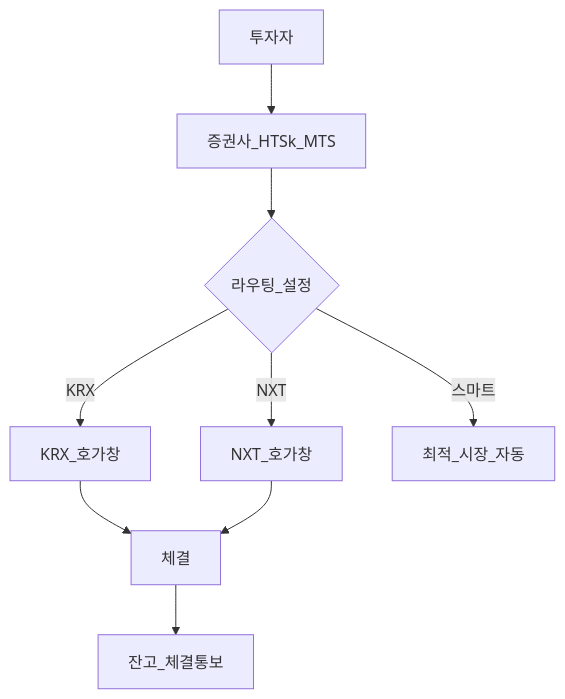
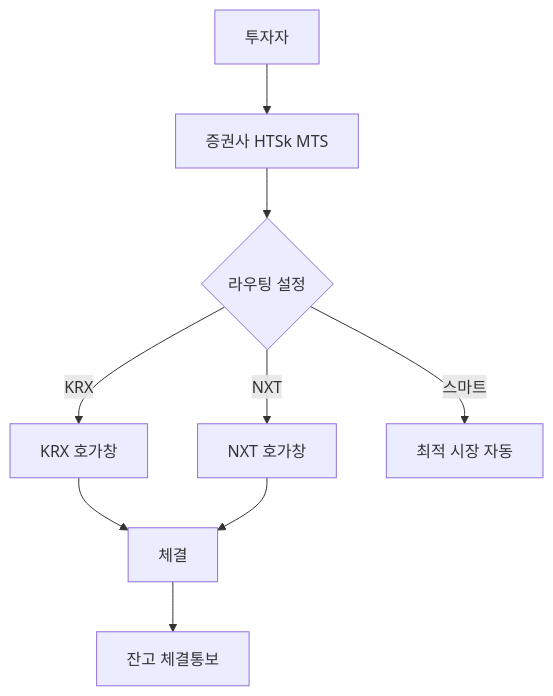
The first of 2 diagrams in 03-markets/korea-ats-nextrade.md (goldanghenry/Finances), drawn with Mermaid before and after one commit. The commit also changed other lines of this file and 211 other files, not shown here.

````diff
--- a/03-markets/korea-ats-nextrade.md
+++ b/03-markets/korea-ats-nextrade.md
@@ -101,11 +106,11 @@
 ```mermaid
 flowchart TD
-  Inv[투자자] --> Br[증권사_HTSk_MTS]
-  Br --> Route{라우팅_설정}
-  Route -->|KRX| KRX[KRX_호가창]
-  Route -->|NXT| NXT[NXT_호가창]
-  Route -->|스마트| Smart[최적_시장_자동]
+  Inv[투자자] --> Br["증권사 HTSk MTS"]
+  Br --> Route{"라우팅 설정"}
+  Route -->|KRX| KRX["KRX 호가창"]
+  Route -->|NXT| NXT["NXT 호가창"]
+  Route -->|스마트| Smart["최적 시장 자동"]
   KRX --> Fill[체결]
   NXT --> Fill
-  Fill --> Stmt[잔고_체결통보]
+  Fill --> Stmt["잔고 체결통보"]
 ```
````
